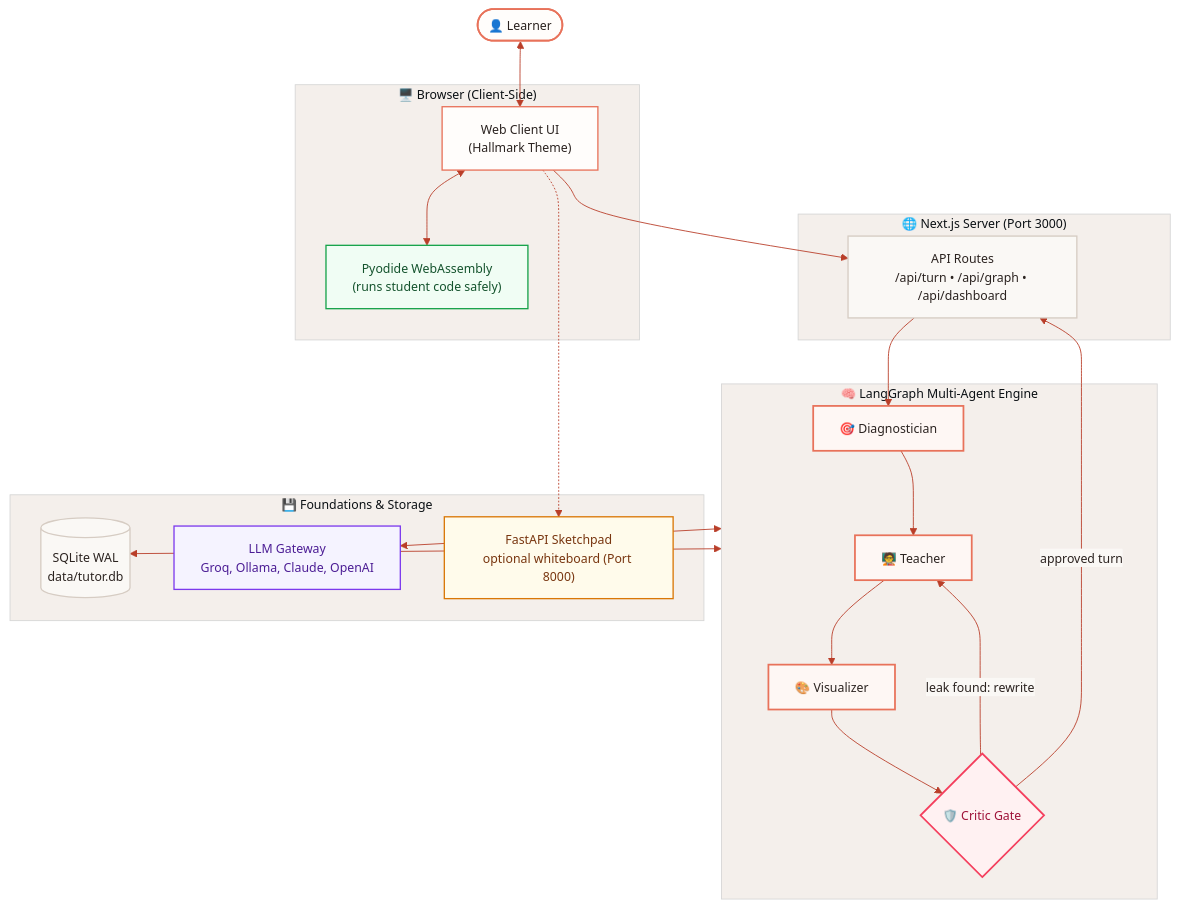
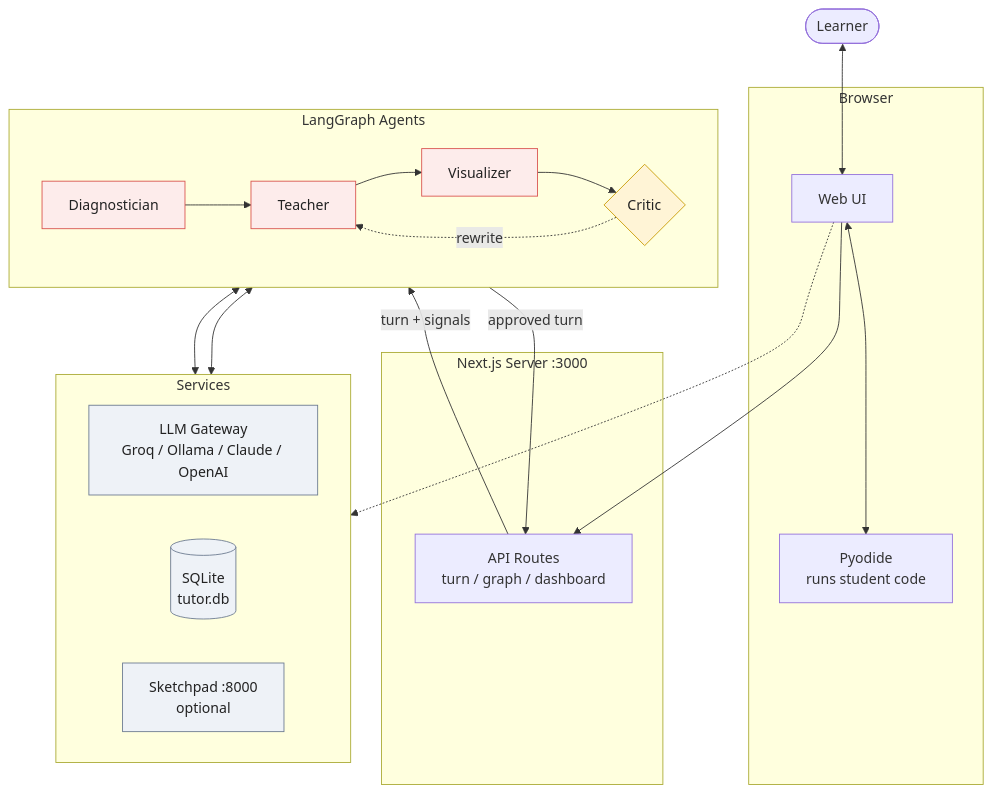
One commit to taha463/socratic-tutor changed the first of 2 diagrams in README.md. Above: the diagram before and after it, drawn with Mermaid. The commit also changed other lines of this file, not shown here.

First line of the commit message:
Revise system architecture section in README.md

````diff
--- a/README.md
+++ b/README.md
@@ -76,62 +73,42 @@
 ```mermaid
-%%{init: {
-  'theme': 'base',
-  'themeVariables': {
-    'primaryColor': '#FFFDFB',
-    'primaryTextColor': '#2B2320',
-    'primaryBorderColor': '#E8725A',
-    'lineColor': '#B93E29',
-    'secondaryColor': '#FAF8F5',
-    'tertiaryColor': '#F4EFEB',
-    'fontFamily': 'Inter, system-ui, -apple-system, Segoe UI, Roboto, sans-serif',
-    'fontSize': '14px'
-  }
-}}%%
+flowchart TB
+    User([Learner])
 
-flowchart TB
-    User(["👤 Learner"]):::userNode
-
-    subgraph Browser ["🖥️ Browser (Client-Side)"]
-        UI["Web Client UI<br/>(Hallmark Theme)"]:::uiNode
-        Pyodide["Pyodide WebAssembly<br/>(runs student code safely)"]:::sandboxNode
+    subgraph Browser
+        UI[Web UI]
+        Py["Pyodide<br/>runs student code"]
     end
 
-    subgraph Server ["🌐 Next.js Server (Port 3000)"]
-        API["API Routes<br/>/api/turn • /api/graph • /api/dashboard"]:::apiNode
+    subgraph Server["Next.js Server :3000"]
+        API["API Routes<br/>turn / graph / dashboard"]
     end
 
-    subgraph Agents ["🧠 LangGraph Multi-Agent Engine"]
-        Diag["🎯 Diagnostician"]:::agentNode
-        Teacher["🧑‍🏫 Teacher"]:::agentNode
-        Vis["🎨 Visualizer"]:::agentNode
-        Critic{"🛡️ Critic Gate"}:::criticNode
-
-        Diag --> Teacher --> Vis --> Critic
-        Critic -->|leak found: rewrite| Teacher
+    subgraph Agents["LangGraph Agents"]
+        direction LR
+        D[Diagnostician] --> T[Teacher] --> V[Visualizer] --> C{Critic}
+        C -. rewrite .-> T
     end
 
-    subgraph Services ["💾 Foundations &amp; Storage"]
-        DB[("SQLite WAL<br/>data/tutor.db")]:::storageNode
-        LLM["LLM Gateway<br/>Groq, Ollama, Claude, OpenAI"]:::llmNode
-        Sketch["FastAPI Sketchpad<br/>optional whiteboard (Port 8000)"]:::sketchNode
+    subgraph Services
+        direction LR
+        LLM["LLM Gateway<br/>Groq / Ollama / Claude / OpenAI"]
+        DB[("SQLite<br/>tutor.db")]
+        SK["Sketchpad :8000<br/>optional"]
     end
 
     User <--> UI
-    UI <--> Pyodide
+    UI <--> Py
     UI --> API
-    UI -.-> Sketch
-    API --> Diag
-    Critic -->|approved turn| API
+    UI -.-> SK
+    API -->|turn + signals| Agents
+    Agents -->|approved turn| API
     Agents <--> LLM
     Agents <--> DB
 
-    classDef userNode fill:#FFFDFB,color:#2B2320,stroke:#E8725A,stroke-width:2px;
-    classDef uiNode fill:#FFFDFB,color:#2B2320,stroke:#E8725A,stroke-width:1.5px;
-    classDef sandboxNode fill:#F0FDF4,color:#14532D,stroke:#16A34A,stroke-width:1.5px;
-    classDef apiNode fill:#FAF8F5,color:#2B2320,stroke:#D6CCC3,stroke-width:1.5px;
-    classDef agentNode fill:#FEF7F4,color:#2B2320,stroke:#E8725A,stroke-width:2px;
-    classDef criticNode fill:#FFF1F2,color:#9F1239,stroke:#F43F5E,stroke-width:2px;
-    classDef storageNode fill:#FAF8F5,color:#2B2320,stroke:#D6CCC3,stroke-width:1.5px;
-    classDef llmNode fill:#F5F3FF,color:#4C1D95,stroke:#7C3AED,stroke-width:1.5px;
-    classDef sketchNode fill:#FFFBEB,color:#78350F,stroke:#D97706,stroke-width:1.5px;
+    classDef agent fill:#fdeceb,stroke:#d9534f,color:#222
+    classDef gate fill:#fff4d6,stroke:#c99a00,color:#222
+    classDef store fill:#eef2f7,stroke:#6b7a90,color:#222
+    class D,T,V agent
+    class C gate
+    class DB,LLM,SK store
 ```
````
